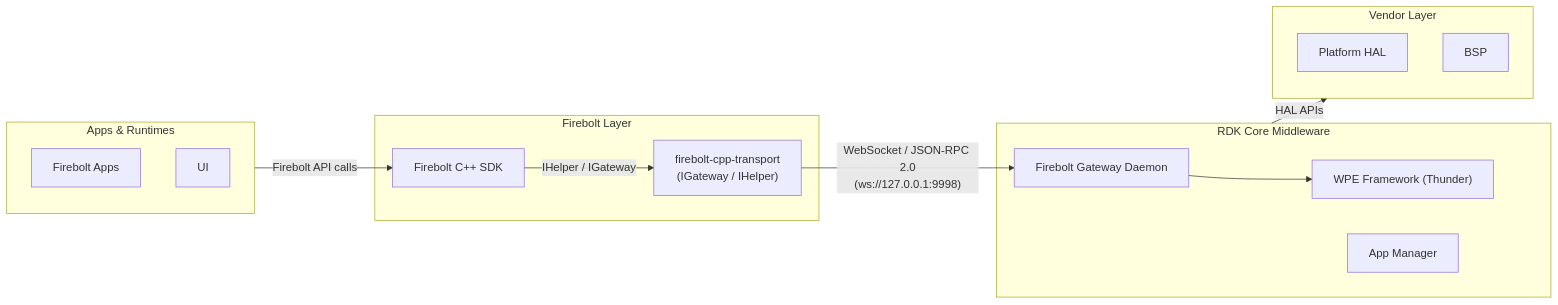
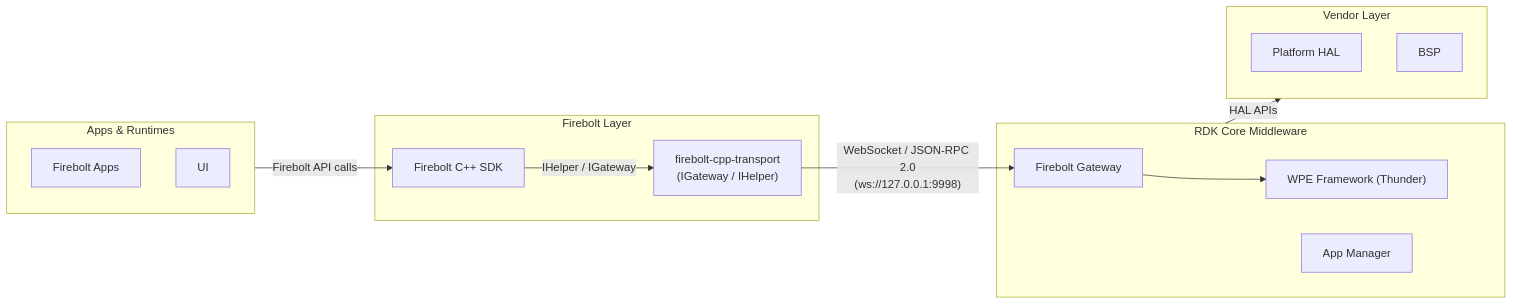
One commit to rdkcentral/firebolt-cpp-transport changed the first of 7 diagrams in docs/README.md. Above: the diagram before and after it, drawn with Mermaid. The commit also changed other lines of this file, not shown here.

````diff
--- a/docs/README.md
+++ b/docs/README.md
@@ -9,30 +9,30 @@
 ```mermaid
 flowchart LR
 
 subgraph Apps["Apps & Runtimes"]
     FBApps["Firebolt Apps"]
     RDKUI["UI"]
 end
 
 subgraph FBLayer["Firebolt Layer"]
     FBSDK["Firebolt C++ SDK"]
     Transport["firebolt-cpp-transport\n(IGateway / IHelper)"]
 end
 
 subgraph RDKMW["RDK Core Middleware"]
-    GW["Firebolt Gateway Daemon"]
+    GW["Firebolt Gateway"]
     Thunder["WPE Framework (Thunder)"]
     AM["App Manager"]
 end
 
 subgraph VL["Vendor Layer"]
     HAL["Platform HAL"]
     BSP["BSP"]
 end
 
 Apps -->|"Firebolt API calls"| FBSDK
 FBSDK -->|"IHelper / IGateway"| Transport
 Transport -->|"WebSocket / JSON-RPC 2.0\n(ws://127.0.0.1:9998)"| GW
 GW --> Thunder
 RDKMW -->|"HAL APIs"| VL
 ```
````
